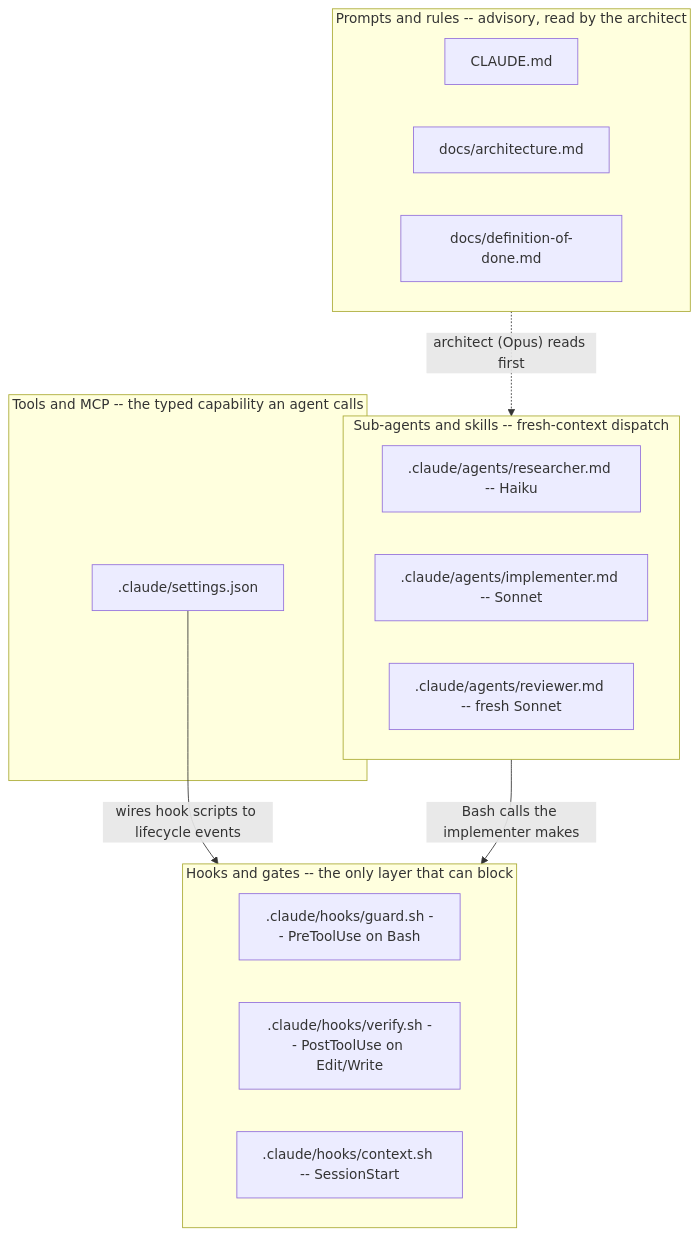
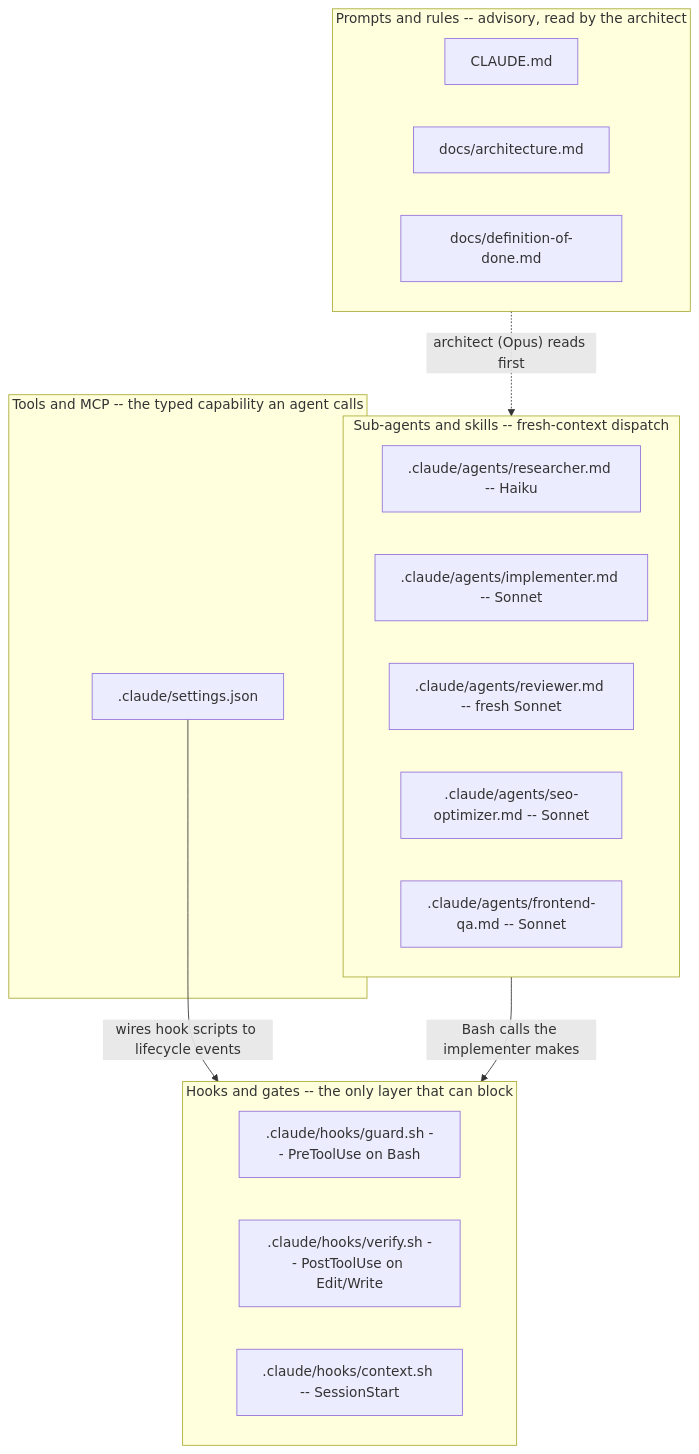
Before and after one commit to b1ck0/ds_ml_ai_starter: the first of 2 diagrams in 04-ai-assisted-sdlc/03-worked-examples/03-rails-estore-sdlc.md, drawn with Mermaid. The commit also changed other lines of this file and 32 other files, not shown here.

````diff
--- a/04-ai-assisted-sdlc/03-worked-examples/03-rails-estore-sdlc.md
+++ b/04-ai-assisted-sdlc/03-worked-examples/03-rails-estore-sdlc.md
@@ -77,24 +82,26 @@
 ```mermaid
 flowchart TB
     subgraph RULES["Prompts and rules -- advisory, read by the architect"]
         CLAUDEMD["CLAUDE.md"]
         ARCHMD["docs/architecture.md"]
         DODMD["docs/definition-of-done.md"]
     end
     subgraph ROSTER["Sub-agents and skills -- fresh-context dispatch"]
         RESEARCHERMD[".claude/agents/researcher.md -- Haiku"]
         IMPLEMENTERMD[".claude/agents/implementer.md -- Sonnet"]
         REVIEWERMD[".claude/agents/reviewer.md -- fresh Sonnet"]
+        SEOMD[".claude/agents/seo-optimizer.md -- Sonnet"]
+        FRONTENDQAMD[".claude/agents/frontend-qa.md -- Sonnet"]
     end
     subgraph GATEBOX["Hooks and gates -- the only layer that can block"]
         GUARDSH[".claude/hooks/guard.sh -- PreToolUse on Bash"]
         VERIFYSH[".claude/hooks/verify.sh -- PostToolUse on Edit/Write"]
         CONTEXTSH[".claude/hooks/context.sh -- SessionStart"]
     end
     subgraph WIRING["Tools and MCP -- the typed capability an agent calls"]
         SETTINGSJSON[".claude/settings.json"]
     end
     RULES -.->|"architect (Opus) reads first"| ROSTER
     SETTINGSJSON -->|"wires hook scripts to lifecycle events"| GATEBOX
     ROSTER -->|"Bash calls the implementer makes"| GATEBOX
 ```
````
